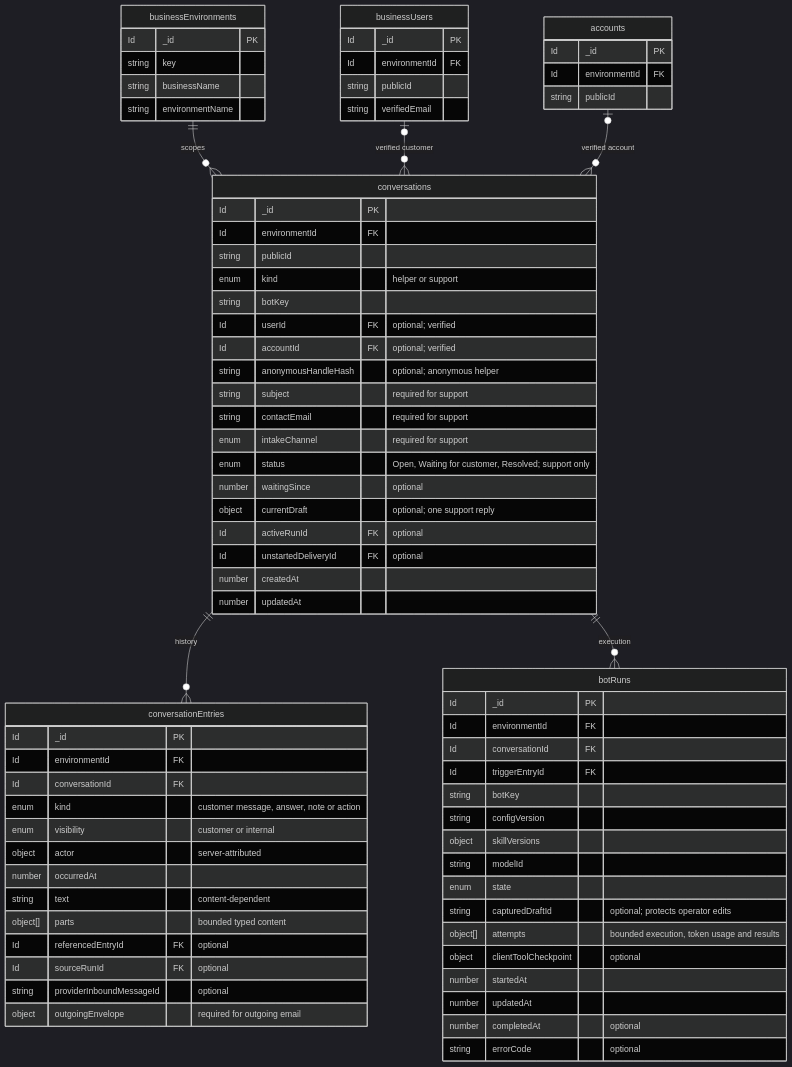
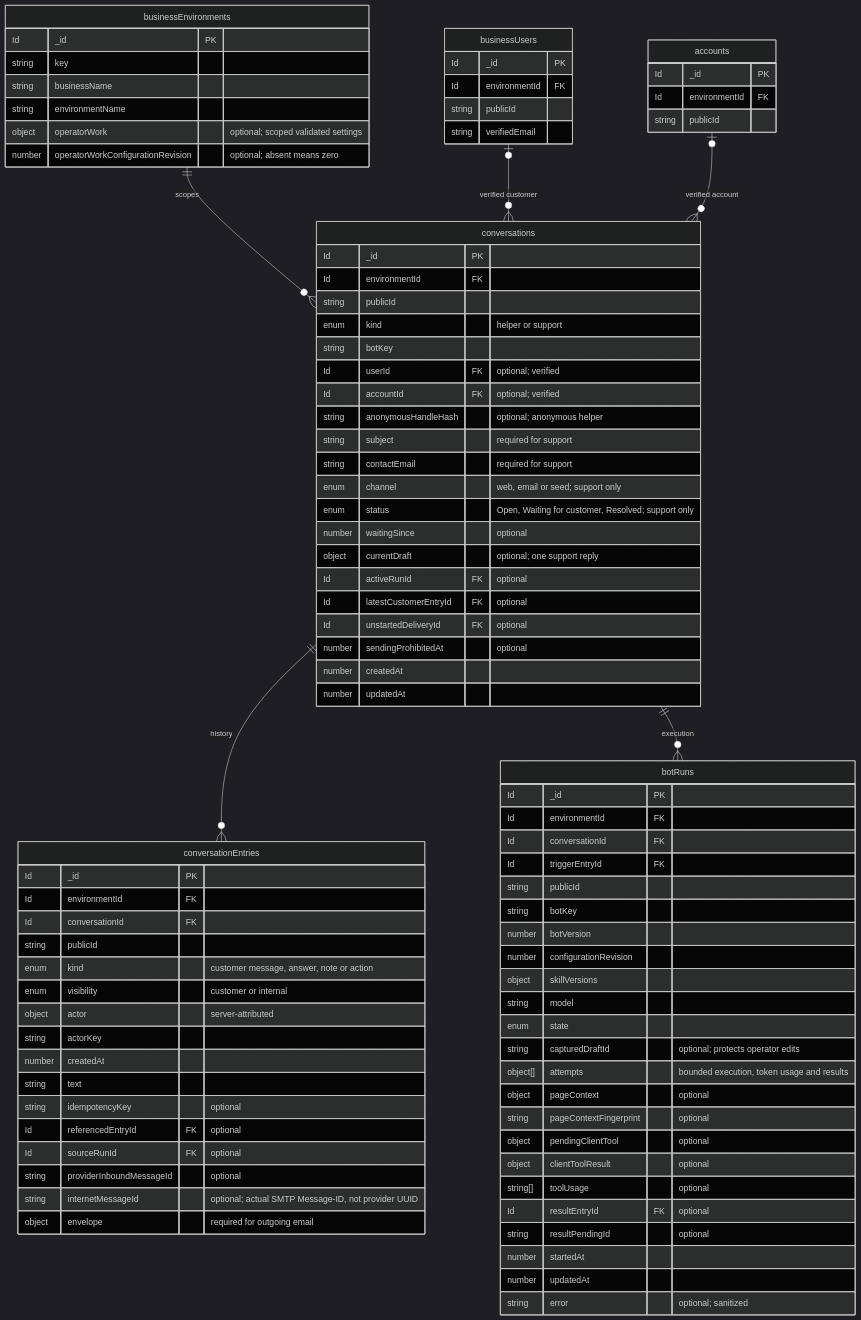
One commit to kabytaa/bff changed the first of 4 diagrams in docs/architecture/operator-work.md. Above: the diagram before and after it, drawn with Mermaid (dark theme). The commit also changed other lines of this file and 1510 other files, not shown here.

Commit message:
feat: checkpoint operator work with Gemma and Jev in development

```diff
--- a/docs/architecture/operator-work.md
+++ b/docs/architecture/operator-work.md
@@ -27,6 +39,8 @@
         string key
         string businessName
         string environmentName
+        object operatorWork "optional; scoped validated settings"
+        number operatorWorkConfigurationRevision "optional; absent means zero"
     }
     businessUsers {
         Id _id PK
@@ -50,12 +64,14 @@
         string anonymousHandleHash "optional; anonymous helper"
         string subject "required for support"
         string contactEmail "required for support"
-        enum intakeChannel "required for support"
+        enum channel "web, email or seed; support only"
         enum status "Open, Waiting for customer, Resolved; support only"
         number waitingSince "optional"
         object currentDraft "optional; one support reply"
         Id activeRunId FK "optional"
+        Id latestCustomerEntryId FK "optional"
         Id unstartedDeliveryId FK "optional"
+        number sendingProhibitedAt "optional"
         number createdAt
         number updatedAt
     }
@@ -63,34 +79,44 @@
         Id _id PK
         Id environmentId FK
         Id conversationId FK
+        string publicId
         enum kind "customer message, answer, note or action"
         enum visibility "customer or internal"
         object actor "server-attributed"
-        number occurredAt
-        string text "content-dependent"
-        object[] parts "bounded typed content"
+        string actorKey
+        number createdAt
+        string text
+        string idempotencyKey "optional"
         Id referencedEntryId FK "optional"
         Id sourceRunId FK "optional"
         string providerInboundMessageId "optional"
-        object outgoingEnvelope "required for outgoing email"
+        string internetMessageId "optional; actual SMTP Message-ID, not provider UUID"
+        object envelope "required for outgoing email"
     }
     botRuns {
         Id _id PK
         Id environmentId FK
         Id conversationId FK
         Id triggerEntryId FK
+        string publicId
         string botKey
-        string configVersion
+        number botVersion
+        number configurationRevision
         object skillVersions
-        string modelId
+        string model
         enum state
         string capturedDraftId "optional; protects operator edits"
         object[] attempts "bounded execution, token usage and results"
-        object clientToolCheckpoint "optional"
+        object pageContext "optional"
+        string pageContextFingerprint "optional"
+        object pendingClientTool "optional"
+        object clientToolResult "optional"
+        string[] toolUsage "optional"
+        Id resultEntryId FK "optional"
+        string resultPendingId "optional"
         number startedAt
         number updatedAt
-        number completedAt "optional"
-        string errorCode "optional"
+        string error "optional; sanitized"
     }
     businessEnvironments ||--o{ conversations : scopes
     businessUsers o|--o{ conversations : "verified customer"
```
